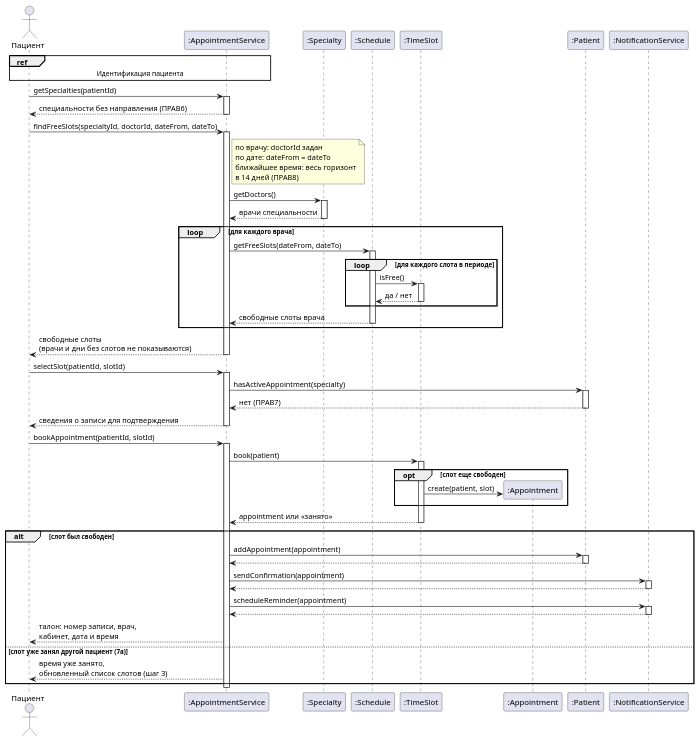
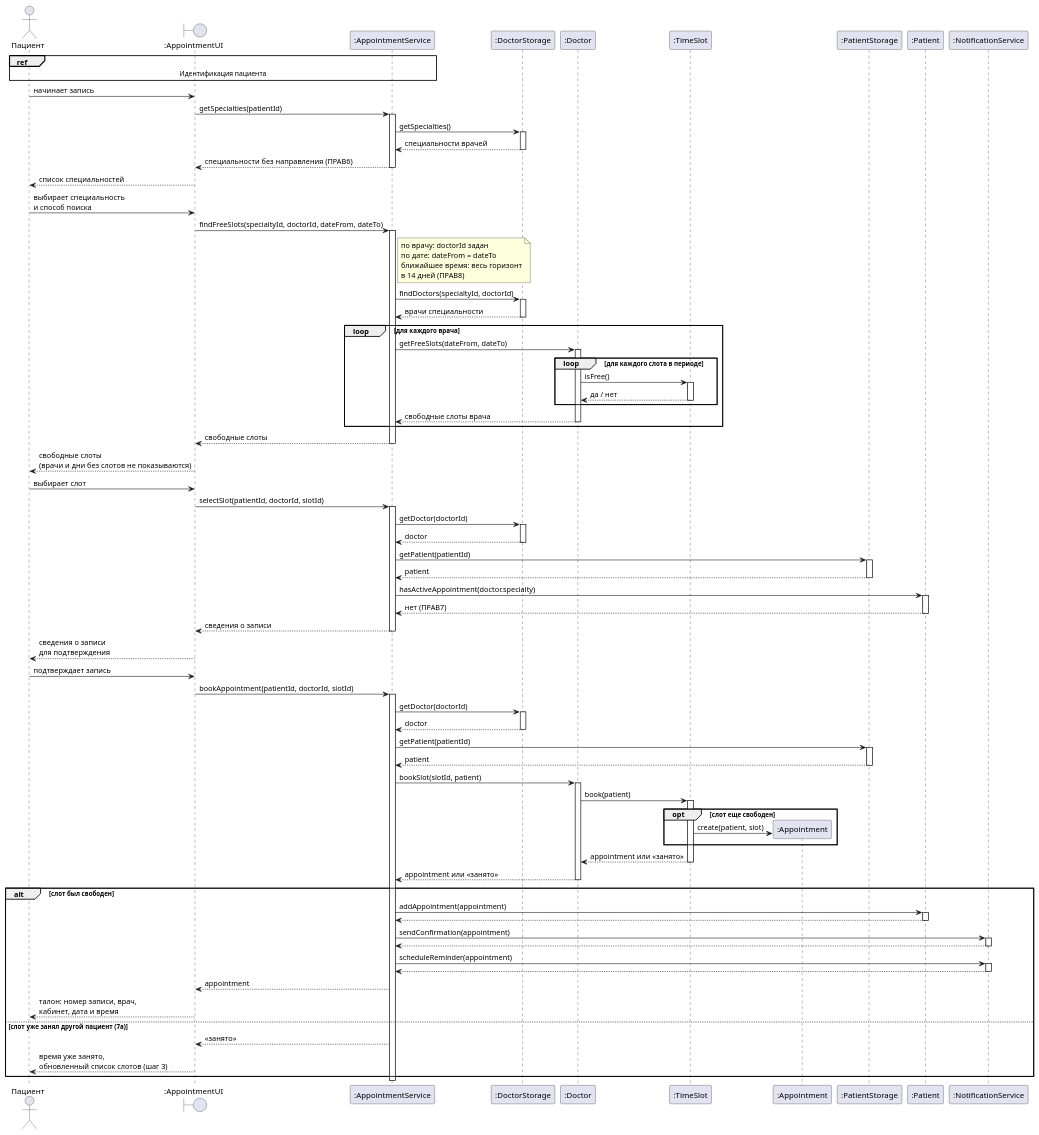
Before and after one commit to penamarth/bsbo-11-24_team3_var3_clinic: the diagram in Прецеденты/Запись на прием/Диаграмма последовательности Запись на прием.md, drawn with PlantUML. The commit also changed other lines of this file and 1 other file, not shown here.

Commit message:
последовательность записи: AppointmentUI, пул врачей, PNG в img/

````diff
--- a/Прецеденты/Запись на прием/Диаграмма последовательности Запись на прием.md
+++ b/Прецеденты/Запись на прием/Диаграмма последовательности Запись на прием.md
@@ -5,49 +7,70 @@
 ```plantuml
-@startuml
+@startuml booking-sequence
 actor Пациент
+boundary ":AppointmentUI" as UI
 participant ":AppointmentService" as S
-participant ":Specialty" as Sp
-participant ":Schedule" as Sch
+participant ":DoctorStorage" as DS
+participant ":Doctor" as D
 participant ":TimeSlot" as Slot
 participant ":Appointment" as A
+participant ":PatientStorage" as PS
 participant ":Patient" as P
 participant ":NotificationService" as N
 
-ref over Пациент, S : Идентификация пациента
+ref over Пациент, UI, S : Идентификация пациента
 
-Пациент -> S ++ : getSpecialties(patientId)
-S --> Пациент -- : специальности без направления (ПРАВ6)
+Пациент -> UI : начинает запись
+UI -> S ++ : getSpecialties(patientId)
+S -> DS ++ : getSpecialties()
+DS --> S -- : специальности врачей
+S --> UI -- : специальности без направления (ПРАВ6)
+UI --> Пациент : список специальностей
 
-Пациент -> S ++ : findFreeSlots(specialtyId, doctorId, dateFrom, dateTo)
+Пациент -> UI : выбирает специальность\nи способ поиска
+UI -> S ++ : findFreeSlots(specialtyId, doctorId, dateFrom, dateTo)
 note right of S
   по врачу: doctorId задан
   по дате: dateFrom = dateTo
   ближайшее время: весь горизонт
   в 14 дней (ПРАВ8)
 end note
-S -> Sp ++ : getDoctors()
-Sp --> S -- : врачи специальности
+S -> DS ++ : findDoctors(specialtyId, doctorId)
+DS --> S -- : врачи специальности
 loop для каждого врача
-  S -> Sch ++ : getFreeSlots(dateFrom, dateTo)
+  S -> D ++ : getFreeSlots(dateFrom, dateTo)
   loop для каждого слота в периоде
-    Sch -> Slot ++ : isFree()
-    Slot --> Sch -- : да / нет
+    D -> Slot ++ : isFree()
+    Slot --> D -- : да / нет
   end
-  Sch --> S -- : свободные слоты врача
+  D --> S -- : свободные слоты врача
 end
-S --> Пациент -- : свободные слоты\n(врачи и дни без слотов не показываются)
+S --> UI -- : свободные слоты
+UI --> Пациент : свободные слоты\n(врачи и дни без слотов не показываются)
 
-Пациент -> S ++ : selectSlot(patientId, slotId)
-S -> P ++ : hasActiveAppointment(specialty)
+Пациент -> UI : выбирает слот
+UI -> S ++ : selectSlot(patientId, doctorId, slotId)
+S -> DS ++ : getDoctor(doctorId)
+DS --> S -- : doctor
+S -> PS ++ : getPatient(patientId)
+PS --> S -- : patient
+S -> P ++ : hasActiveAppointment(doctor.specialty)
 P --> S -- : нет (ПРАВ7)
-S --> Пациент -- : сведения о записи для подтверждения
+S --> UI -- : сведения о записи
+UI --> Пациент : сведения о записи\nдля подтверждения
 
-Пациент -> S ++ : bookAppointment(patientId, slotId)
-S -> Slot ++ : book(patient)
+Пациент -> UI : подтверждает запись
+UI -> S ++ : bookAppointment(patientId, doctorId, slotId)
+S -> DS ++ : getDoctor(doctorId)
+DS --> S -- : doctor
+S -> PS ++ : getPatient(patientId)
+PS --> S -- : patient
+S -> D ++ : bookSlot(slotId, patient)
+D -> Slot ++ : book(patient)
 opt слот еще свободен
   Slot -> A ** : create(patient, slot)
 end
-Slot --> S -- : appointment или «занято»
+Slot --> D -- : appointment или «занято»
+D --> S -- : appointment или «занято»
 alt слот был свободен
   S -> P ++ : addAppointment(appointment)
   P --> S --
@@ -55,9 +78,11 @@
   N --> S --
   S -> N ++ : scheduleReminder(appointment)
   N --> S --
-  S --> Пациент : талон: номер записи, врач,\nкабинет, дата и время
+  S --> UI : appointment
+  UI --> Пациент : талон: номер записи, врач,\nкабинет, дата и время
 else слот уже занял другой пациент (7а)
-  S --> Пациент : время уже занято,\nобновленный список слотов (шаг 3)
+  S --> UI : «занято»
+  UI --> Пациент : время уже занято,\nобновленный список слотов (шаг 3)
 end
 deactivate S
 
````
